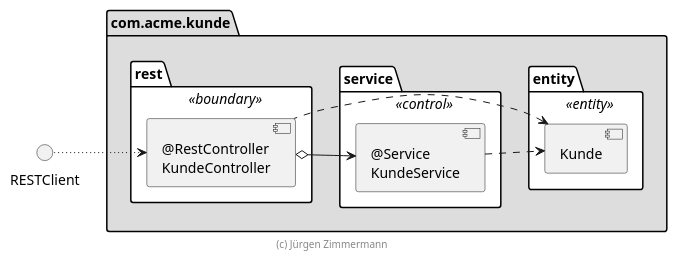
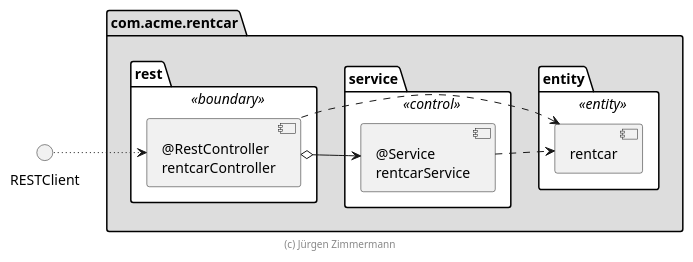
Before and after one commit to lfsrrr/rentcar: the diagram in extras/doc/komponenten.plantuml, drawn with PlantUML. The commit also changed 120 other files, not shown here.

First line of the commit message:
Rename project from 'kunde' to 'rentcar'

```diff
--- a/extras/doc/komponenten.plantuml
+++ b/extras/doc/komponenten.plantuml
@@ -15,27 +15,27 @@
 @startuml Komponenten
 
 left to right direction
 
-package com.acme.kunde #DDDDDD {
+package com.acme.rentcar #DDDDDD {
     package rest <<boundary>> #FFFFFF {
-        [@RestController\nKundeController] as KundeController
+        [@RestController\nrentcarController] as rentcarController
     }
 
     package service <<control>> #FFFFFF {
-        [@Service\nKundeService] as KundeService
+        [@Service\nrentcarService] as rentcarService
     }
 
     package entity <<entity>> #FFFFFF {
-        [Kunde]
+        [rentcar]
     }
 }
 
-RESTClient ~~> [KundeController]
+RESTClient ~~> [rentcarController]
 
-[KundeController] o--> [KundeService]
-[KundeController] .up.> [Kunde]
-[KundeService] ..> [Kunde]
+[rentcarController] o--> [rentcarService]
+[rentcarController] .up.> [rentcar]
+[rentcarService] ..> [rentcar]
 
 footer (c) Jürgen Zimmermann
 
 @enduml
```
